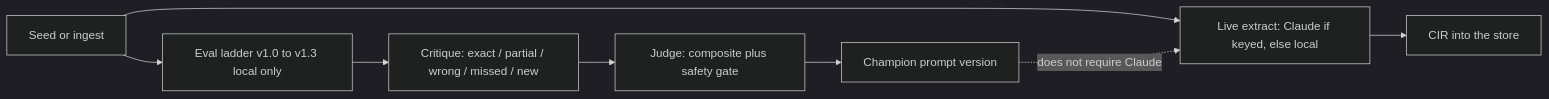
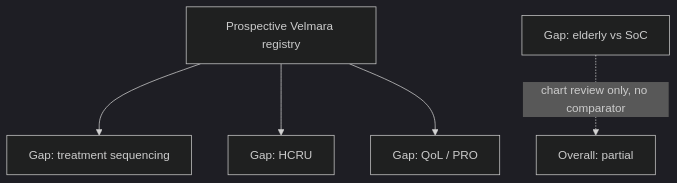
Before and after one commit to Shashb21/synapse: the diagram in docs/problem-and-solution.md, drawn with Mermaid (dark theme). The commit also changed other lines of this file and 64 other files, not shown here.

````diff
--- a/docs/problem-and-solution.md
+++ b/docs/problem-and-solution.md
@@ -352,14 +81,12 @@
 ```mermaid
-flowchart LR
-  ingest["Seed or ingest"]
-  live["Live extract: Claude if keyed, else local"]
-  cir["CIR into the store"]
-  ladder["Eval ladder v1.0 to v1.3 local only"]
-  critique["Critique: exact / partial / wrong / missed / new"]
-  judge["Judge: composite plus safety gate"]
-  champ["Champion prompt version"]
-
-  ingest --> live --> cir
-  ingest --> ladder --> critique --> judge --> champ
-  champ -.->|"does not require Claude"| live
+flowchart TD
+  reg["Prospective Velmara registry"]
+  seq["Gap: treatment sequencing"]
+  hcru["Gap: HCRU"]
+  qol["Gap: QoL / PRO"]
+  elderly["Gap: elderly vs SoC"]
+  reg --> seq
+  reg --> hcru
+  reg --> qol
+  elderly -.->|"chart review only, no comparator"| partial["Overall: partial"]
 ```
````
